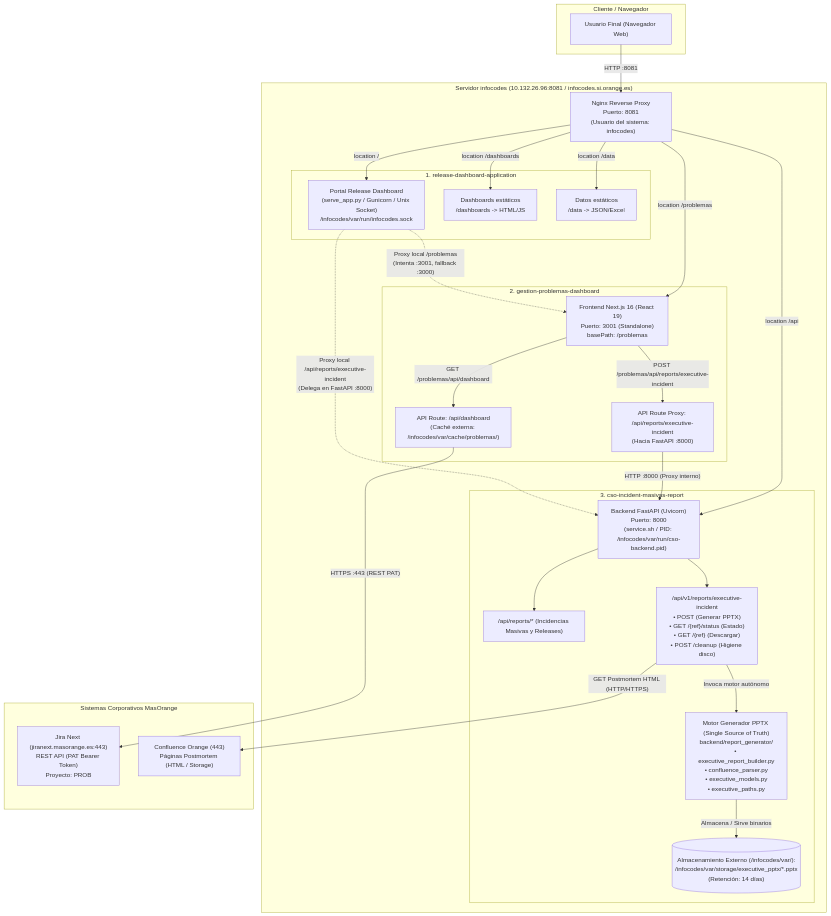
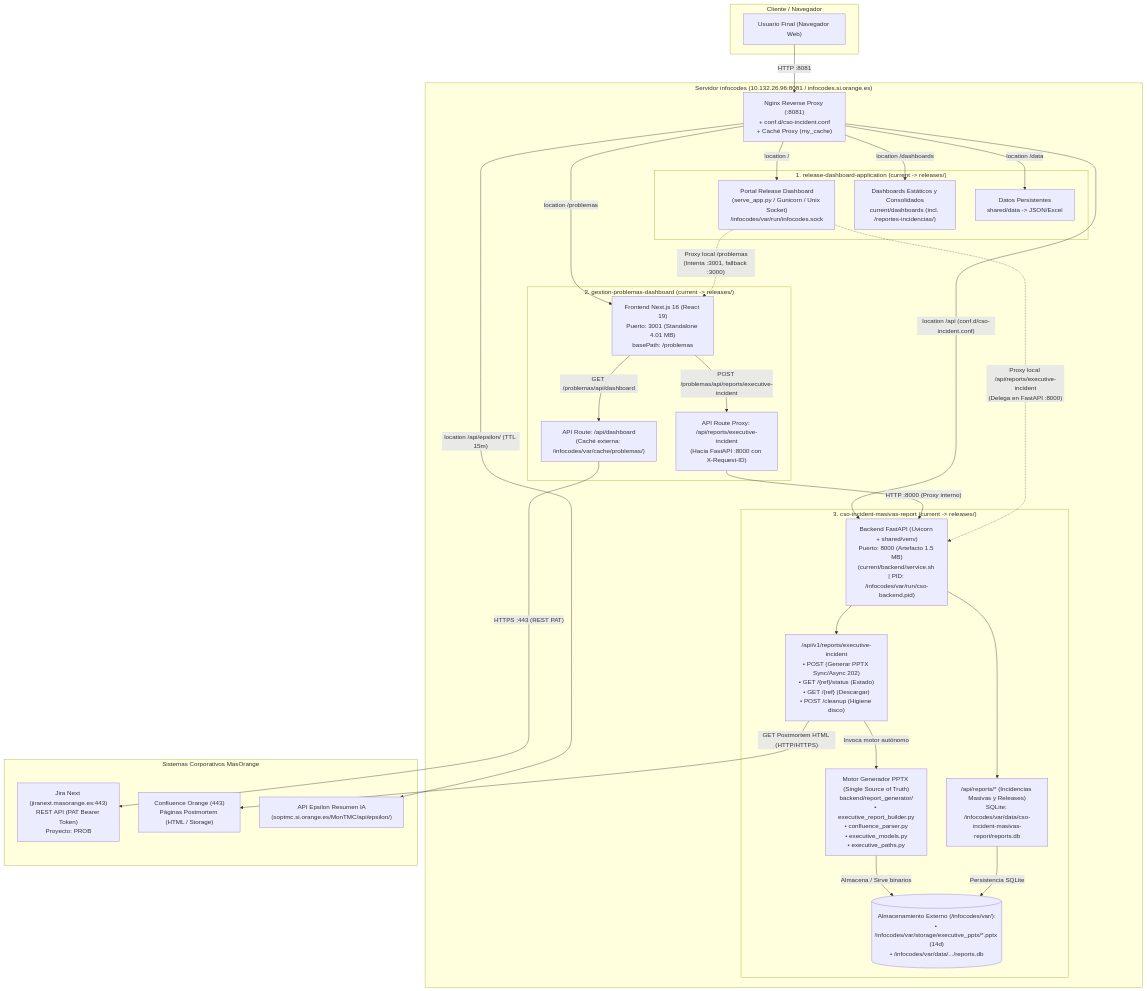
One commit to jfdelafuente/gestion-problemas-dashboard changed the first of 3 diagrams in ARCHITECTURE.md. Above: the diagram before and after it, drawn with Mermaid. The commit also changed other lines of this file and 12 other files, not shown here.

Commit message:
feat(ui,cache): align Portal Shell topbar with live status badge, enable resilient stale-while-revalidate caching, and update architecture docs

````diff
--- a/ARCHITECTURE.md
+++ b/ARCHITECTURE.md
@@ -14,60 +14,63 @@
 ```mermaid
 flowchart TB
     subgraph Client ["Cliente / Navegador"]
         Browser["Usuario Final (Navegador Web)"]
     end
 
     subgraph EntryPoint ["Servidor infocodes (10.132.26.96:8081 / infocodes.si.orange.es)"]
-        Nginx["Nginx Reverse Proxy\nPuerto: 8081\n(Usuario del sistema: infocodes)"]
+        Nginx["Nginx Reverse Proxy (:8081)\n+ conf.d/cso-incident.conf\n+ Caché Proxy (my_cache)"]
         
-        subgraph ReleaseDashboard ["1. release-dashboard-application"]
+        subgraph ReleaseDashboard ["1. release-dashboard-application (current -> releases/<TS>)"]
             PortalApp["Portal Release Dashboard\n(serve_app.py / Gunicorn / Unix Socket)\n/infocodes/var/run/infocodes.sock"]
-            PortalStatic["Dashboards estáticos\n/dashboards -> HTML/JS"]
-            DataStatic["Datos estáticos\n/data -> JSON/Excel"]
+            PortalStatic["Dashboards Estáticos y Consolidados\ncurrent/dashboards (incl. /reportes-incidencias/)"]
+            DataStatic["Datos Persistentes\nshared/data -> JSON/Excel"]
         end
 
-        subgraph GestionProblemas ["2. gestion-problemas-dashboard"]
-            NextFrontend["Frontend Next.js 16 (React 19)\nPuerto: 3001 (Standalone)\nbasePath: /problemas"]
+        subgraph GestionProblemas ["2. gestion-problemas-dashboard (current -> releases/<TS>)"]
+            NextFrontend["Frontend Next.js 16 (React 19)\nPuerto: 3001 (Standalone 4.01 MB)\nbasePath: /problemas"]
             NextApiDashboard["API Route: /api/dashboard\n(Caché externa: /infocodes/var/cache/problemas/)"]
-            NextApiProxy["API Route Proxy: /api/reports/executive-incident\n(Hacia FastAPI :8000)"]
+            NextApiProxy["API Route Proxy: /api/reports/executive-incident\n(Hacia FastAPI :8000 con X-Request-ID)"]
         end
 
-        subgraph CsoBackend ["3. cso-incident-masivas-report"]
-            FastAPI["Backend FastAPI (Uvicorn)\nPuerto: 8000\n(service.sh / PID: /infocodes/var/run/cso-backend.pid)"]
-            ApiReports["/api/reports/* (Incidencias Masivas y Releases)"]
-            ApiExecutive["/api/v1/reports/executive-incident\n• POST (Generar PPTX)\n• GET /{ref}/status (Estado)\n• GET /{ref} (Descargar)\n• POST /cleanup (Higiene disco)"]
+        subgraph CsoBackend ["3. cso-incident-masivas-report (current -> releases/<TS>)"]
+            FastAPI["Backend FastAPI (Uvicorn + shared/venv)\nPuerto: 8000 (Artefacto 1.5 MB)\n(current/backend/service.sh | PID: /infocodes/var/run/cso-backend.pid)"]
+            ApiReports["/api/reports/* (Incidencias Masivas y Releases)\nSQLite: /infocodes/var/data/cso-incident-masivas-report/reports.db"]
+            ApiExecutive["/api/v1/reports/executive-incident\n• POST (Generar PPTX Sync/Async 202)\n• GET /{ref}/status (Estado)\n• GET /{ref} (Descargar)\n• POST /cleanup (Higiene disco)"]
             PPTXEngine["Motor Generador PPTX (Single Source of Truth)\nbackend/report_generator/\n• executive_report_builder.py\n• confluence_parser.py\n• executive_models.py\n• executive_paths.py"]
-            DiskStorage[("Almacenamiento Externo (/infocodes/var/):\n/infocodes/var/storage/executive_pptx/*.pptx\n(Retención: 14 días)")]
+            DiskStorage[("Almacenamiento Externo (/infocodes/var/):\n• /infocodes/var/storage/executive_pptx/*.pptx (14d)\n• /infocodes/var/data/.../reports.db")]
         end
     end
 
     subgraph External ["Sistemas Corporativos MasOrange"]
         Jira["Jira Next (jiranext.masorange.es:443)\nREST API (PAT Bearer Token)\nProyecto: PROB"]
         Confluence["Confluence Orange (443)\nPáginas Postmortem (HTML / Storage)"]
+        Epsilon["API Epsilon Resumen IA\n(soptmc.si.orange.es/MonTMC/api/epsilon/)"]
     end
 
     %% Flujos de Red
     Browser -->|HTTP :8081| Nginx
     Nginx -->|"location /"| PortalApp
     Nginx -->|"location /dashboards"| PortalStatic
     Nginx -->|"location /data"| DataStatic
     Nginx -->|"location /problemas"| NextFrontend
-    Nginx -->|"location /api"| FastAPI
+    Nginx -->|"location /api (conf.d/cso-incident.conf)"| FastAPI
+    Nginx -->|"location /api/epsilon/ (TTL 15m)"| Epsilon
 
     %% Invocaciones internas del Dashboard Next.js
     NextFrontend -->|"GET /problemas/api/dashboard"| NextApiDashboard
     NextApiDashboard -->|"HTTPS :443 (REST PAT)"| Jira
     NextFrontend -->|"POST /problemas/api/reports/executive-incident"| NextApiProxy
     NextApiProxy -->|"HTTP :8000 (Proxy interno)"| FastAPI
 
     %% Invocaciones del Backend FastAPI
     FastAPI --> ApiExecutive
     FastAPI --> ApiReports
     ApiExecutive -->|"Invoca motor autónomo"| PPTXEngine
     ApiExecutive -->|"GET Postmortem HTML (HTTP/HTTPS)"| Confluence
     PPTXEngine -->|"Almacena / Sirve binarios"| DiskStorage
+    ApiReports -->|"Persistencia SQLite"| DiskStorage
 
     %% Proxy Dual en Desarrollo
     PortalApp -.->|"Proxy local /problemas\n(Intenta :3001, fallback :3000)"| NextFrontend
     PortalApp -.->|"Proxy local /api/reports/executive-incident\n(Delega en FastAPI :8000)"| FastAPI
 ```
````
